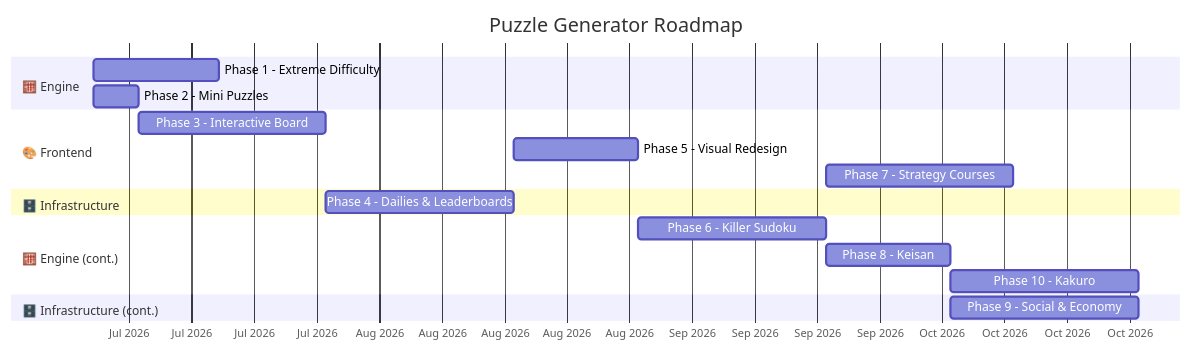
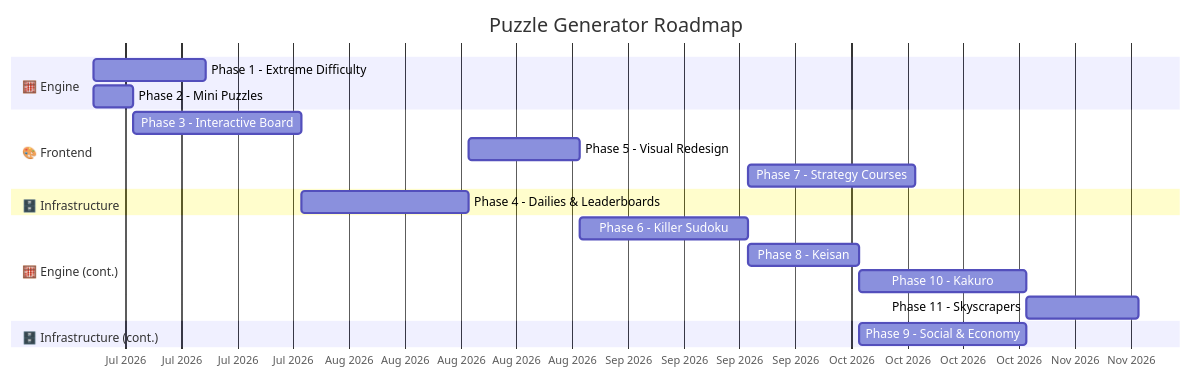
One commit to zfert99/Puzzle-Generator changed the third of 4 diagrams in Docs/roadmap.md. Above: the diagram before and after it, drawn with Mermaid. The commit also changed other lines of this file and 8 other files, not shown here.

First line of the commit message:
docs(skyscrapers): research, gap findings, implementation plan, running log — Phase 11 opened (#127)

````diff
--- a/Docs/roadmap.md
+++ b/Docs/roadmap.md
@@ -653,26 +693,27 @@
 ```mermaid
 gantt
     title Puzzle Generator Roadmap
     dateFormat YYYY-MM-DD
     axisFormat %b %Y
 
     section 🧮 Engine
     Phase 1 - Extreme Difficulty        :p1, 2026-07-01, 14d
     Phase 2 - Mini Puzzles              :p2, 2026-07-01, 5d
 
     section 🎨 Frontend
     Phase 3 - Interactive Board         :p3, after p2, 21d
     Phase 5 - Visual Redesign           :p5, after p4, 14d
     Phase 7 - Strategy Courses          :p7, after p6, 21d
 
     section 🗄️ Infrastructure
     Phase 4 - Dailies & Leaderboards    :p4, after p3, 21d
 
     section 🧮 Engine (cont.)
     Phase 6 - Killer Sudoku             :p6, after p5, 21d
     Phase 8 - Keisan                    :p8, after p6, 14d
     Phase 10 - Kakuro                   :p10, after p8, 21d
+    Phase 11 - Skyscrapers              :p11, after p10, 14d
 
     section 🗄️ Infrastructure (cont.)
     Phase 9 - Social & Economy          :p9, after p8, 21d
 ```
````
